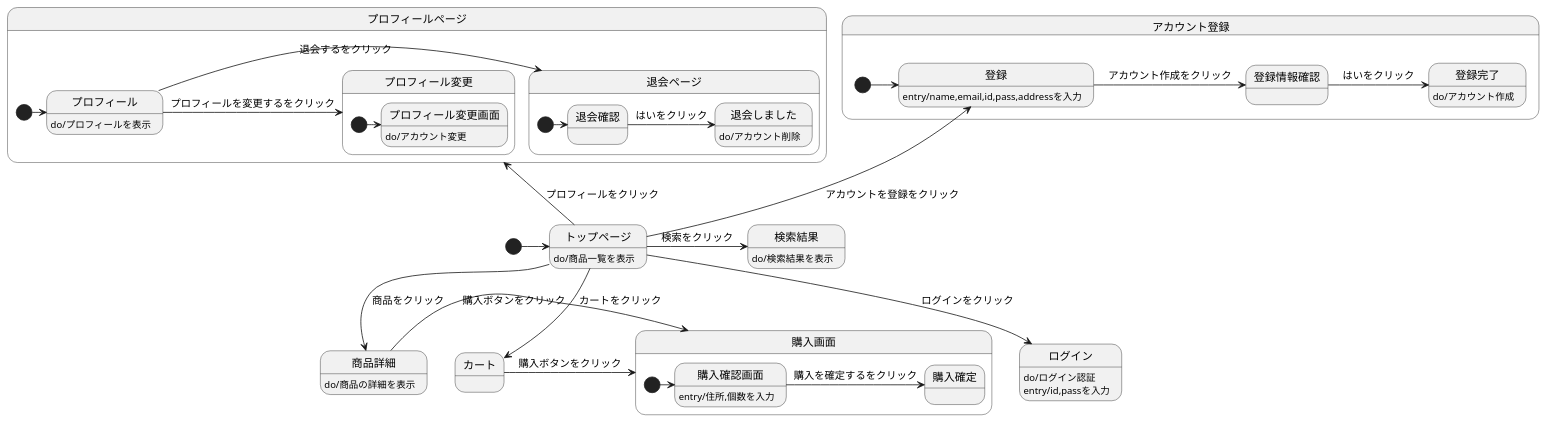
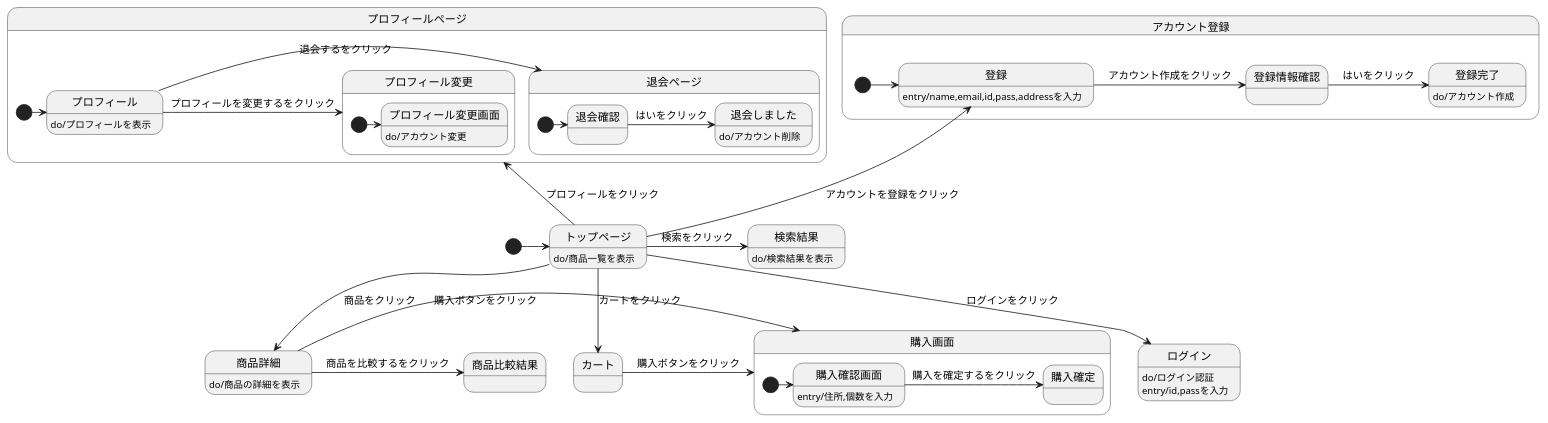
The diagram in stm01.md (Aso2001159/2021sys-design), drawn with PlantUML before and after one commit.

````diff
--- a/stm01.md
+++ b/stm01.md
@@ -1,47 +1,48 @@
 ```uml
 
 @startuml
 [*]->トップページ
 トップページ : do/商品一覧を表示
 トップページ-->商品詳細 : 商品をクリック
   商品詳細 : do/商品の詳細を表示
+  商品詳細 -> 商品比較結果 : 商品を比較するをクリック
   商品詳細-> 購入画面 :　購入ボタンをクリック
 トップページ-down->ログイン :ログインをクリック
   ログイン : do/ログイン認証
   ログイン : entry/id,passを入力
 トップページ-->カート :カートをクリック
 カート -> 購入画面 : 購入ボタンをクリック
 state 購入画面{
   [*]-> 購入確認画面
   購入確認画面 : entry/住所,個数を入力
   購入確認画面 -> 購入確定 : 購入を確定するをクリック
 }
 state アカウント登録{
 [*]-> 登録 
   トップページ-up-> 登録 :アカウントを登録をクリック
   登録 : entry/name,email,id,pass,addressを入力
   登録 ->登録情報確認: アカウント作成をクリック
   登録情報確認 -> 登録完了: はいをクリック
     登録完了: do/アカウント作成
   }
 トップページ->検索結果 :検索をクリック
   検索結果 : do/検索結果を表示
 トップページ-up->プロフィールページ :プロフィールをクリック
 state プロフィールページ{
 [*] -> プロフィール
 プロフィール : do/プロフィールを表示
   プロフィール ->退会ページ :退会するをクリック
   state 退会ページ{
     [*]-> 退会確認 
     退会確認-> 退会しました : はいをクリック
       退会しました : do/アカウント削除
     }
     プロフィール -> プロフィール変更 : プロフィールを変更するをクリック
     state プロフィール変更{
       [*]-> プロフィール変更画面
       プロフィール変更画面 : do/アカウント変更
     }
  }
 @enduml
 
 ```
````
